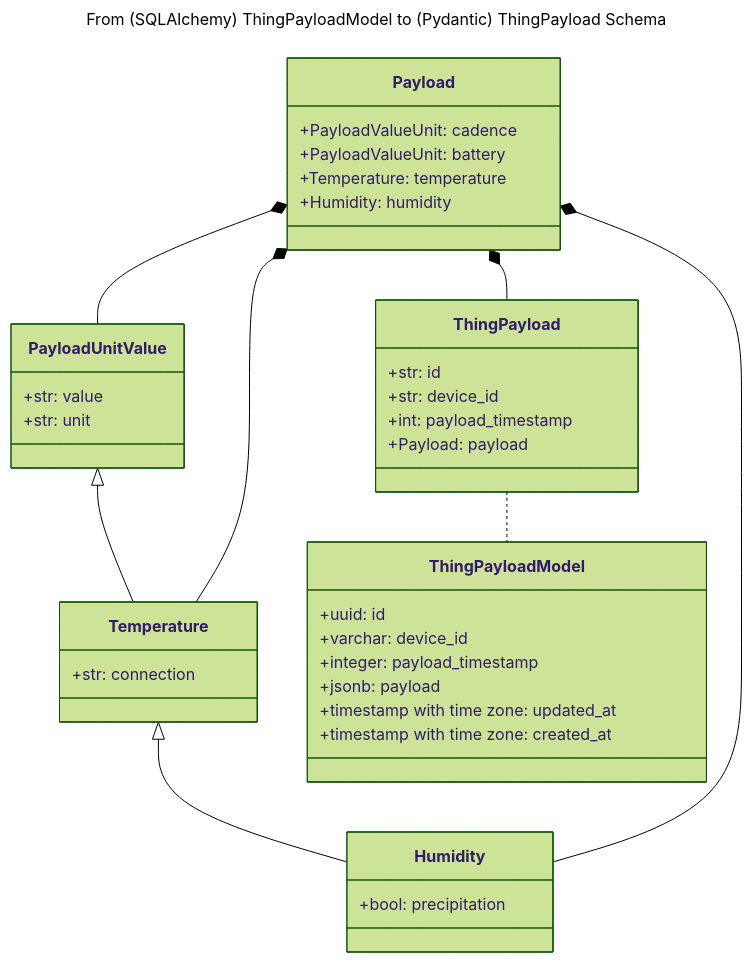
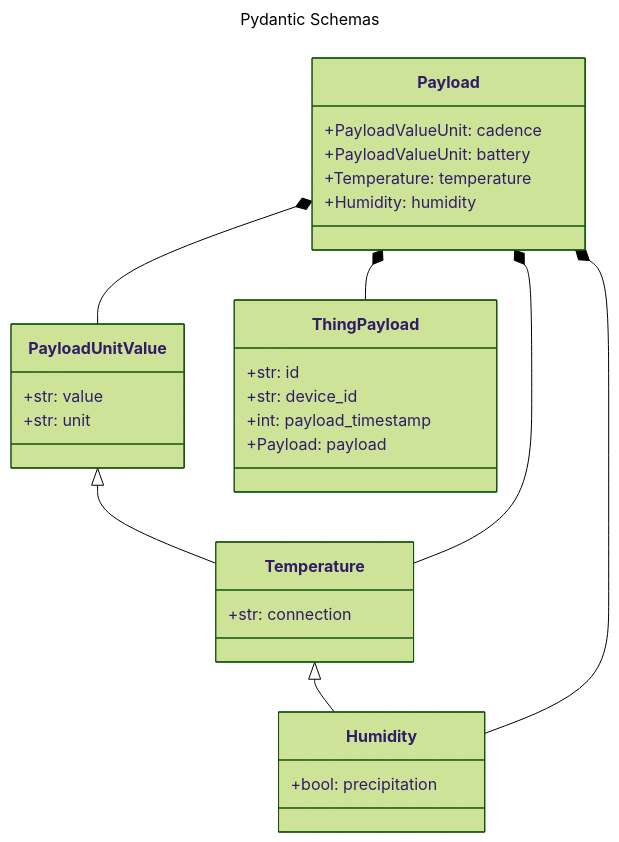
The second of 4 diagrams in docs/DIAGRAMS.md (darrylmorton/ct-iot-things-report-job-service), drawn with Mermaid (forest theme) before and after one commit. The commit also changed other lines of this file, not shown here.

Commit message:
Update DIAGRAMS.md (#9)

````diff
--- a/docs/DIAGRAMS.md
+++ b/docs/DIAGRAMS.md
@@ -35,52 +35,41 @@
 ```mermaid
 ---
-title: From (SQLAlchemy) ThingPayloadModel to (Pydantic) ThingPayload Schema
+title: Pydantic Schemas
 ---
 
 classDiagram
     class PayloadUnitValue {
         +str: value
         +str: unit
     }
 
     class Temperature {
         +str: connection
     }
     
     class Humidity {
         +bool: precipitation
     }
     
     class Payload {
         +PayloadValueUnit: cadence
         +PayloadValueUnit: battery
         +Temperature: temperature
         +Humidity: humidity
     }
     
     class ThingPayload {
         +str: id
         +str: device_id
         +int: payload_timestamp
         +Payload: payload
     }
     
-    class ThingPayloadModel {
-        +uuid: id
-        +varchar: device_id
-        +integer: payload_timestamp
-        +jsonb: payload
-        +timestamp with time zone: updated_at
-        +timestamp with time zone: created_at
-    }
-    
     PayloadUnitValue <|-- Temperature
     Temperature <|-- Humidity
     
     Payload *-- PayloadUnitValue
     Payload *-- Temperature
     Payload *-- Humidity
-    Payload *-- ThingPayload
-    
-    ThingPayload .. ThingPayloadModel
+    Payload *-- ThingPayload    
 ```
````
